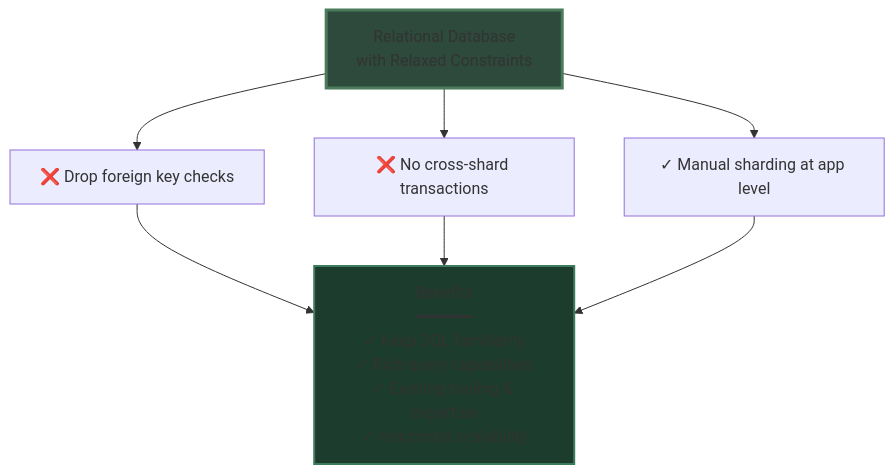
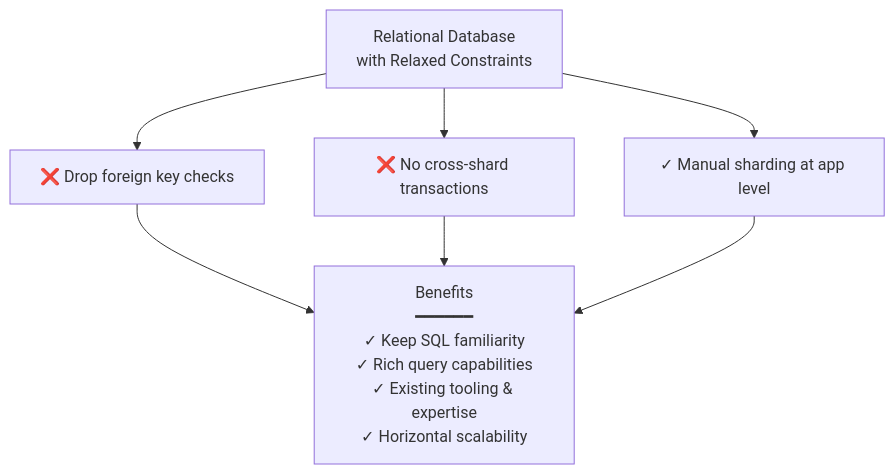
Diagram 18 of 21 in system design beginner/10. Picking the right database.md (Yash-Kavaiya/The-System-Design-Masterclass), drawn with Mermaid before and after one commit. The commit also changed other lines of this file, not shown here.

````diff
--- a/system design beginner/10. Picking the right database.md
+++ b/system design beginner/10. Picking the right database.md
@@ -710,17 +649,15 @@
 ```mermaid
 graph TB
     CHOICE[Relational Database<br/>with Relaxed Constraints]
     
     CHOICE --> STEP1[❌ Drop foreign key checks]
     CHOICE --> STEP2[❌ No cross-shard transactions]
     CHOICE --> STEP3[✓ Manual sharding at app level]
     
     BENEFIT[Benefits<br/>━━━━━━<br/>✓ Keep SQL familiarity<br/>✓ Rich query capabilities<br/>✓ Existing tooling & expertise<br/>✓ Horizontal scalability]
     
     STEP1 --> BENEFIT
     STEP2 --> BENEFIT
     STEP3 --> BENEFIT
     
-    style CHOICE fill:#2d4a3c,stroke:#4a7c5c,stroke-width:3px
-    style BENEFIT fill:#1c3d2d,stroke:#3c7c5c,stroke-width:2px
 ```
````
